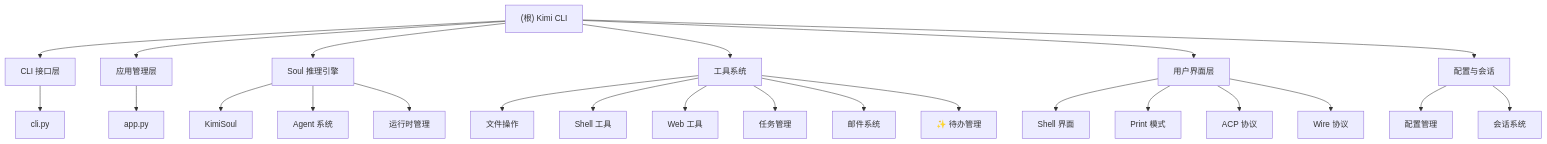
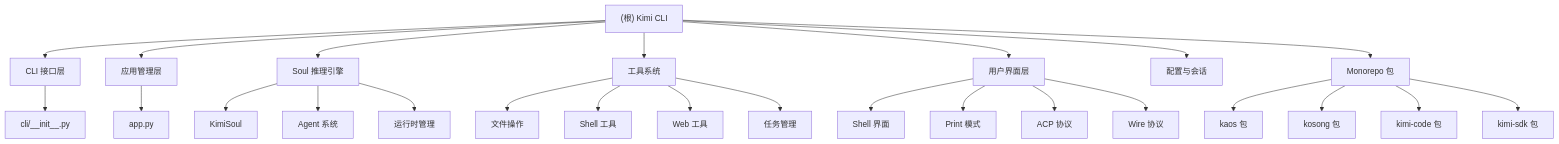
Before and after one commit to afanty2021/kimi-cli: the diagram in CLAUDE.md, drawn with Mermaid. The commit also changed other lines of this file and 1 other file, not shown here.

````diff
--- a/CLAUDE.md
+++ b/CLAUDE.md
@@ -41,32 +32,33 @@
 ```mermaid
 graph TD
     A["(根) Kimi CLI"] --> B["CLI 接口层"];
     A --> C["应用管理层"];
     A --> D["Soul 推理引擎"];
     A --> E["工具系统"];
     A --> F["用户界面层"];
     A --> G["配置与会话"];
+    A --> H["Monorepo 包"];
 
-    B --> B1["cli.py"];
+    B --> B1["cli/__init__.py"];
     C --> C1["app.py"];
     D --> D1["KimiSoul"];
     D --> D2["Agent 系统"];
     D --> D3["运行时管理"];
     E --> E1["文件操作"];
     E --> E2["Shell 工具"];
     E --> E3["Web 工具"];
     E --> E4["任务管理"];
-    E --> E5["邮件系统"];
-    E --> E6["✨ 待办管理"];
     F --> F1["Shell 界面"];
     F --> F2["Print 模式"];
     F --> F3["ACP 协议"];
     F --> F4["Wire 协议"];
-    G --> G1["配置管理"];
-    G --> G2["会话系统"];
+    H --> H1["kaos 包"];
+    H --> H2["kosong 包"];
+    H --> H3["kimi-code 包"];
+    H --> H4["kimi-sdk 包"];
 
     click D1 "./src/kimi_cli/soul/CLAUDE.md" "查看 Soul 模块文档"
     click D2 "./src/kimi_cli/agents/CLAUDE.md" "查看 Agent 配置文档"
     click E1 "./src/kimi_cli/tools/CLAUDE.md" "查看工具系统文档"
     click F1 "./src/kimi_cli/ui/CLAUDE.md" "查看 UI 模块文档"
 ```
````
